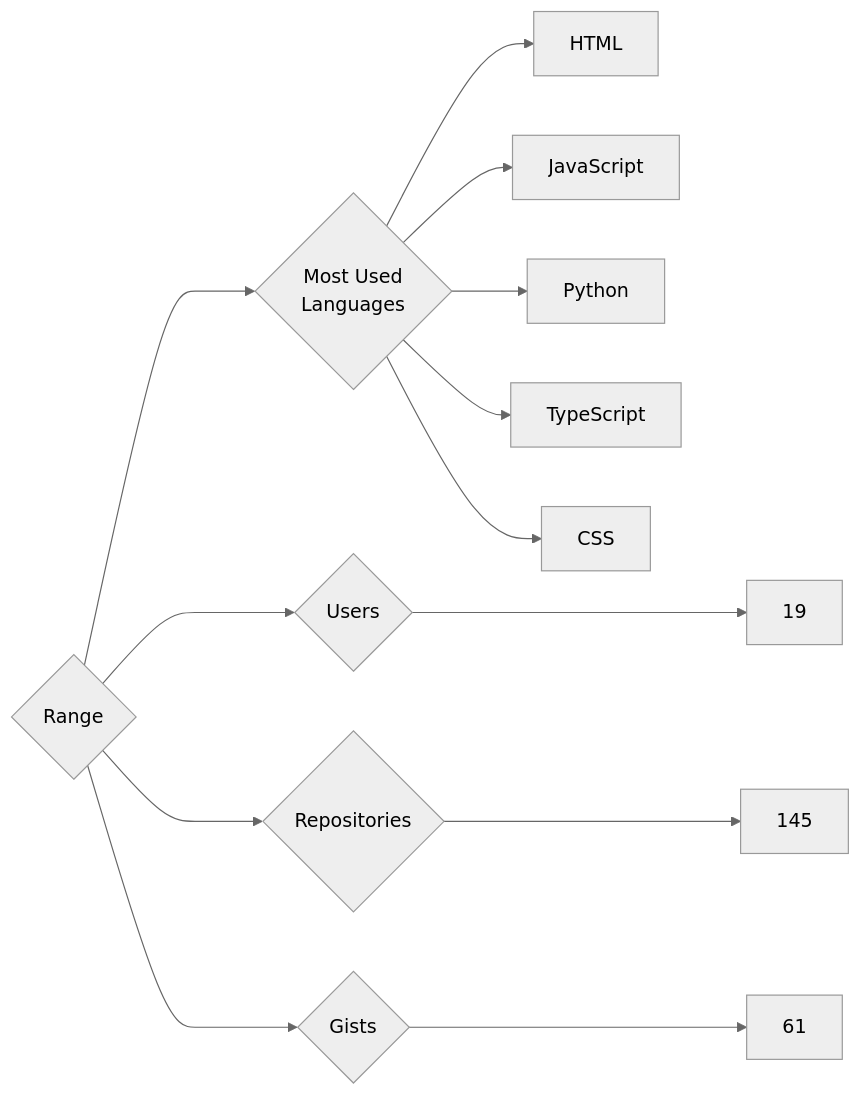
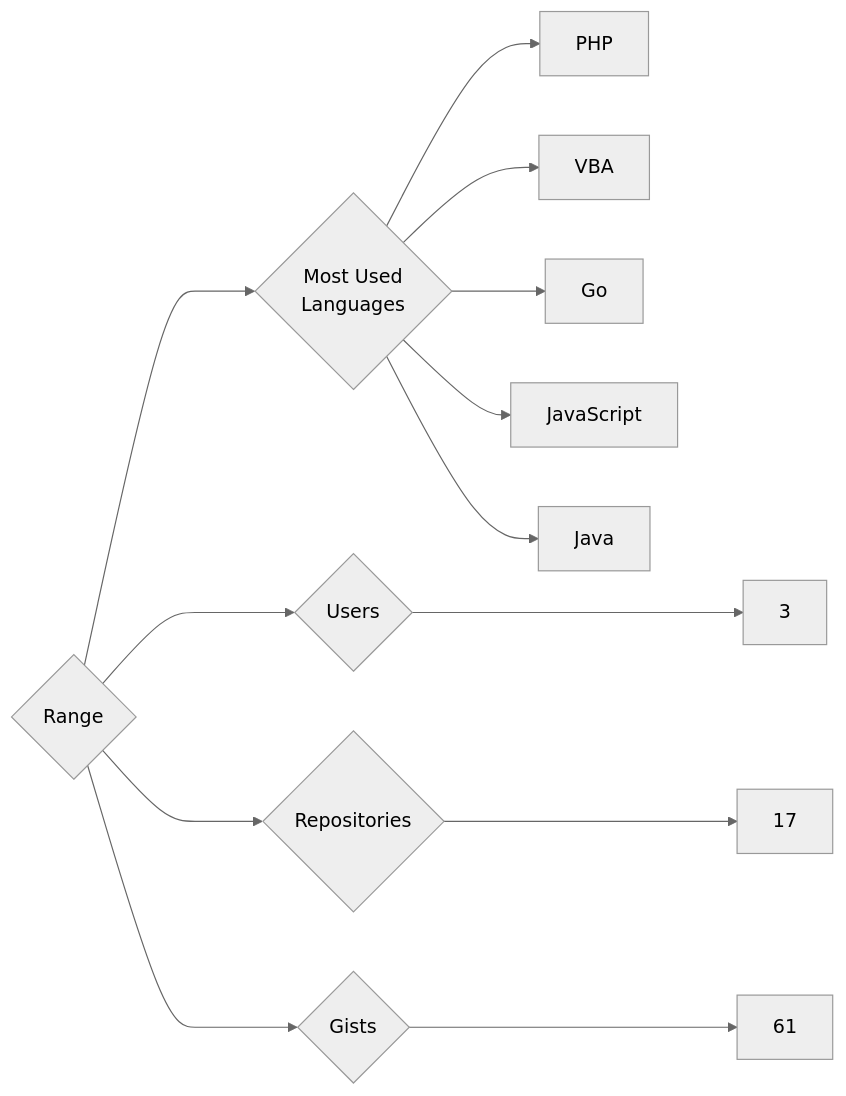
One commit to trickest/insiders changed the diagram in targets/Range/README.md. Above: the diagram before and after it, drawn with Mermaid (neutral theme). The commit also changed 815 other files, not shown here.

````diff
--- a/targets/Range/README.md
+++ b/targets/Range/README.md
@@ -3,13 +3,13 @@
 ```mermaid
 graph LR
 COMPANY_NAME{Range}
-COMPANY_NAME ---> U{Users} ---> UN[19]
-COMPANY_NAME ---> R{Repositories} ---> RN[145]
+COMPANY_NAME ---> U{Users} ---> UN[3]
+COMPANY_NAME ---> R{Repositories} ---> RN[17]
 COMPANY_NAME ---> G{Gists} ---> GN[61]
 COMPANY_NAME ---> ML{Most Used<br>Languages}
-ML --> HTML[HTML]
+ML --> PHP[PHP]
+ML --> VBA[VBA]
+ML --> Go[Go]
 ML --> JavaScript[JavaScript]
-ML --> Python[Python]
-ML --> TypeScript[TypeScript]
-ML --> CSS[CSS]
+ML --> Java[Java]
 ```
````
